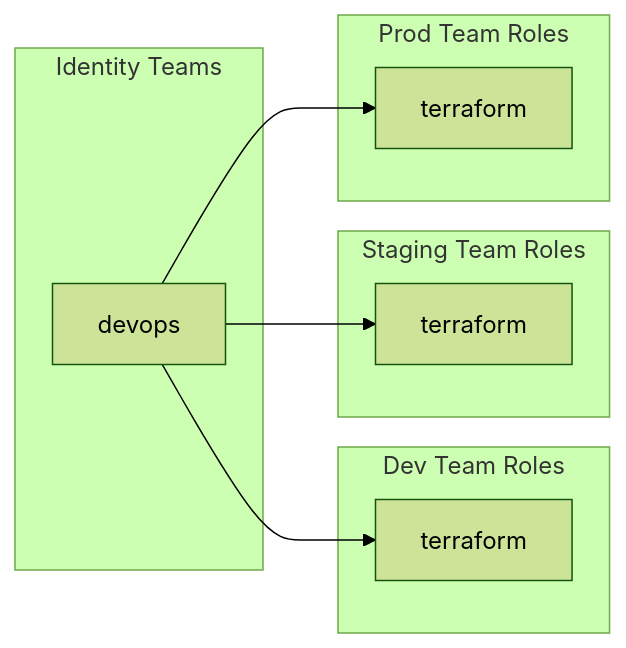
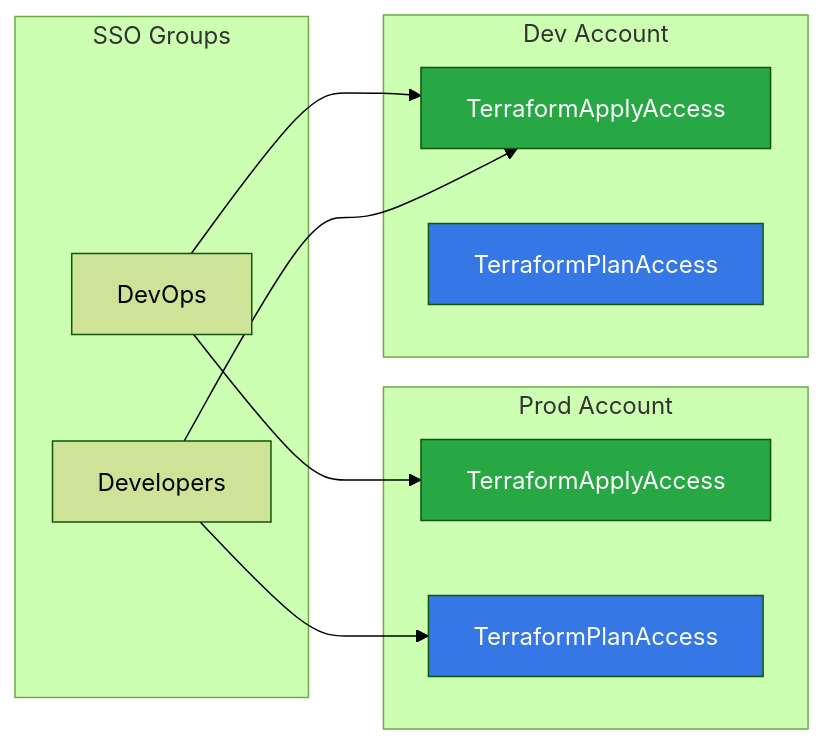
Before and after one commit to cloudposse/docs: the second of 2 diagrams in docs/layers/identity/identity.mdx, drawn with Mermaid (forest theme). The commit also changed other lines of this file and 660 other files, not shown here.

````diff
--- a/docs/layers/identity/identity.mdx
+++ b/docs/layers/identity/identity.mdx
@@ -117,22 +121,27 @@
 ```mermaid
 flowchart LR
-    subgraph identity_teams["Identity Teams"]
-        devops["devops"]
+    subgraph sso_groups["SSO Groups"]
+        devops["DevOps"]
+        developers["Developers"]
     end
 
-    subgraph dev_team_roles["Dev Team Roles"]
-        terraform_dev["terraform"]
+    subgraph prod_account["Prod Account"]
+        prod_apply["TerraformApplyAccess"]
+        prod_plan["TerraformPlanAccess"]
     end
 
-    subgraph staging_team_roles["Staging Team Roles"]
-        terraform_staging["terraform"]
+    subgraph dev_account["Dev Account"]
+        dev_apply["TerraformApplyAccess"]
+        dev_plan["TerraformPlanAccess"]
     end
 
-    subgraph prod_team_roles["Prod Team Roles"]
-        terraform_prod["terraform"]
-    end
+    devops --> prod_apply
+    devops --> dev_apply
+    developers --> prod_plan
+    developers --> dev_apply
 
-    devops --> terraform_dev
-    devops --> terraform_staging
-    devops --> terraform_prod
+    style prod_apply fill:#28a745,color:#fff
+    style dev_apply fill:#28a745,color:#fff
+    style prod_plan fill:#3578e5,color:#fff
+    style dev_plan fill:#3578e5,color:#fff
 ```
````
